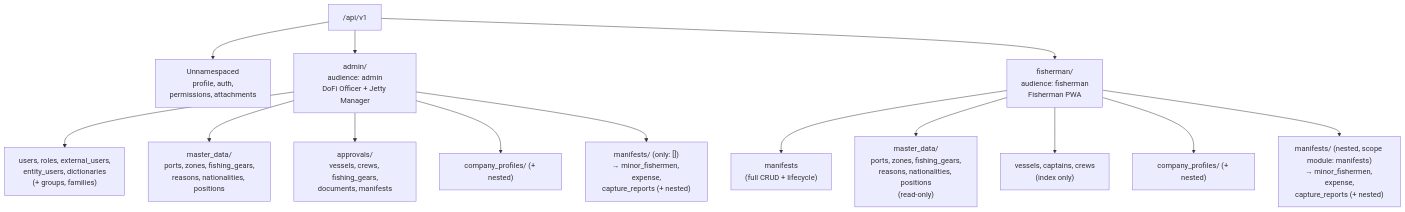
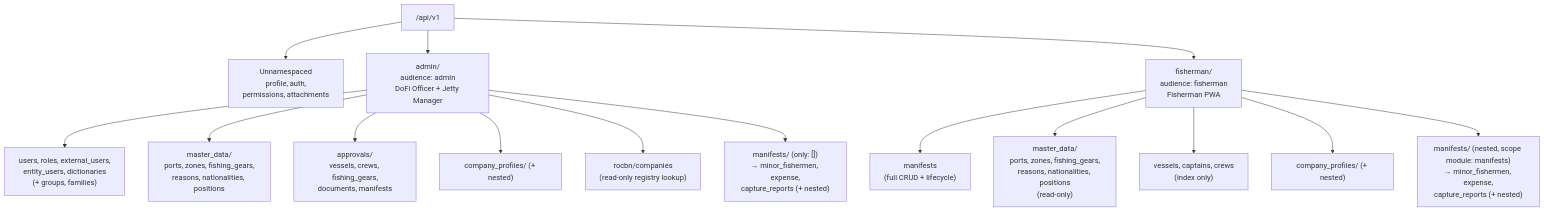
The diagram in docs/api/endpoint-structure.md (arya020595/st_dofi_backend), drawn with Mermaid before and after one commit. The commit also changed other lines of this file and 65 other files, not shown here.

First line of the commit message:
feat: add read-only ROCBN company lookup backed by an external MySQL

````diff
--- a/docs/api/endpoint-structure.md
+++ b/docs/api/endpoint-structure.md
@@ -18,19 +18,20 @@
 ```mermaid
 graph TB
     ROOT["/api/v1"]
     ROOT --> FLAT["Unnamespaced<br/>profile, auth,<br/>permissions, attachments"]
     ROOT --> ADMIN["admin/<br/>audience: admin<br/>DoFi Officer + Jetty Manager"]
     ROOT --> FISH["fisherman/<br/>audience: fisherman<br/>Fisherman PWA"]
 
     ADMIN --> A1["users, roles, external_users,<br/>entity_users, dictionaries<br/>(+ groups, families)"]
     ADMIN --> A3["master_data/<br/>ports, zones, fishing_gears,<br/>reasons, nationalities, positions"]
     ADMIN --> A4["approvals/<br/>vessels, crews, fishing_gears,<br/>documents, manifests"]
     ADMIN --> A5["company_profiles/ (+ nested)"]
+    ADMIN --> A7["rocbn/companies<br/>(read-only registry lookup)"]
     ADMIN --> A6["manifests/ (only: [])<br/>→ minor_fishermen, expense,<br/>capture_reports (+ nested)"]
 
     FISH --> F1["manifests<br/>(full CRUD + lifecycle)"]
     FISH --> F2["master_data/<br/>ports, zones, fishing_gears,<br/>reasons, nationalities, positions<br/>(read-only)"]
     FISH --> F3["vessels, captains, crews<br/>(index only)"]
     FISH --> F4["company_profiles/ (+ nested)"]
     FISH --> F5["manifests/ (nested, scope module: manifests)<br/>→ minor_fishermen, expense,<br/>capture_reports (+ nested)"]
 ```
````
